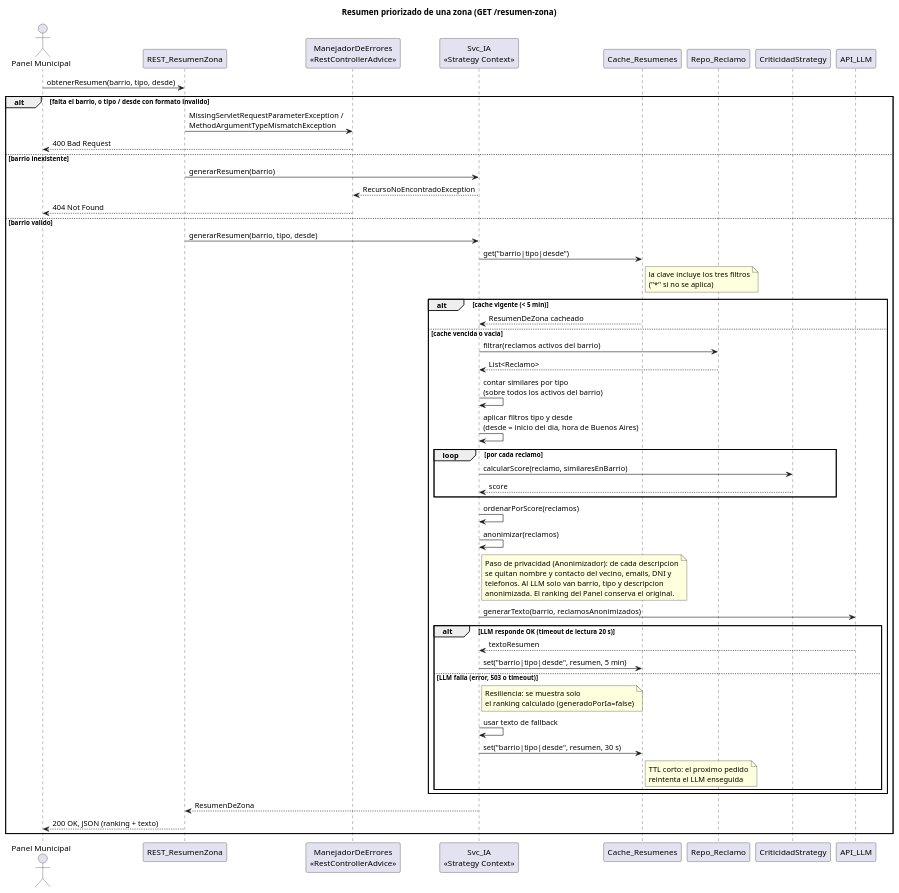
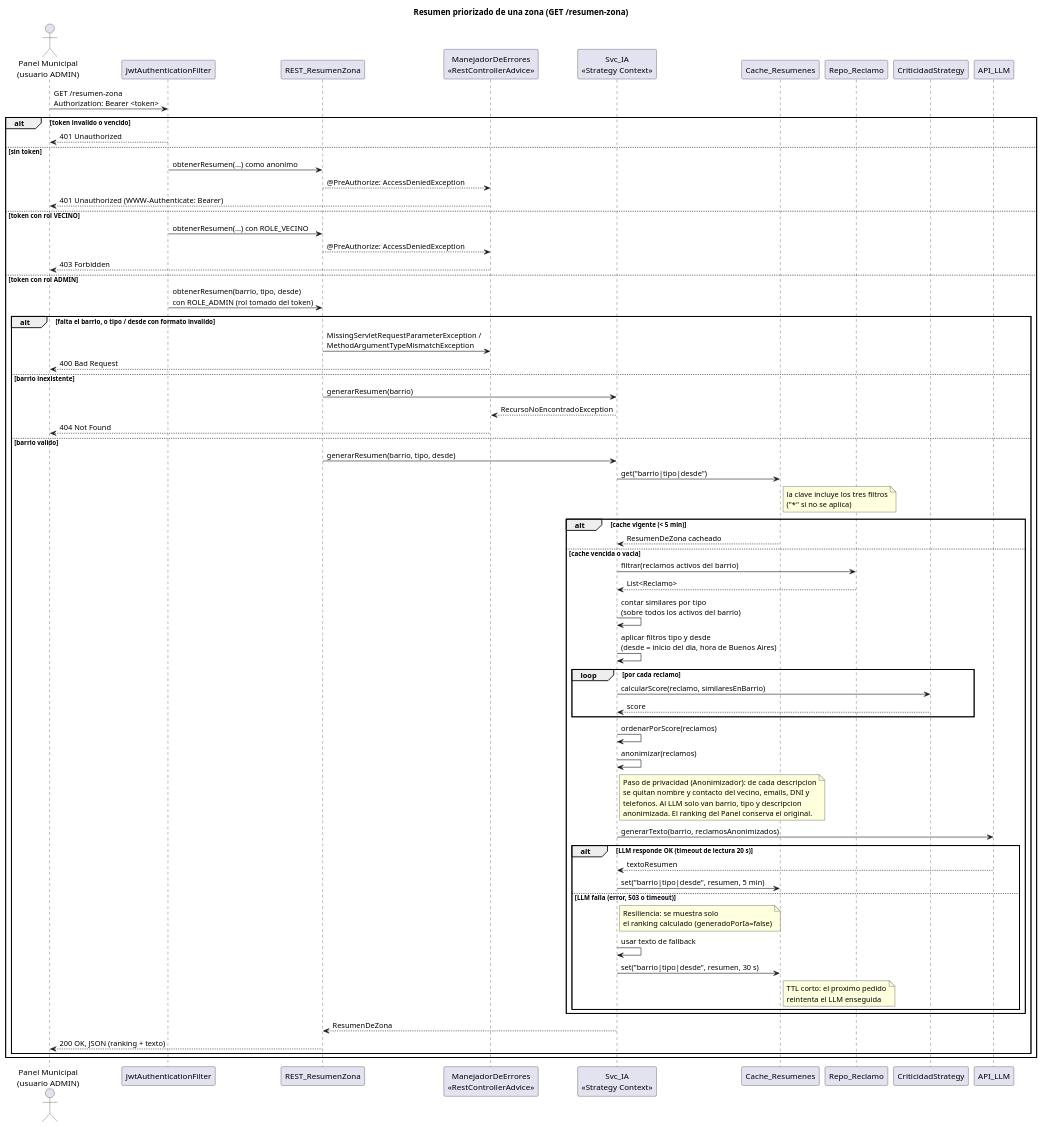
The diagram in docs/03_secuencia_resumen_zona.puml (francolovera24/Backend-TicketeraMunicipal-DDA2), drawn with PlantUML before and after one commit. The commit also changed 8 other files, not shown here.

First line of the commit message:
Auth bloque 6: diagramas y documentacion

```diff
--- a/docs/03_secuencia_resumen_zona.puml
+++ b/docs/03_secuencia_resumen_zona.puml
@@ -1,66 +1,81 @@
 @startuml
 title Resumen priorizado de una zona (GET /resumen-zona)
 
-actor "Panel Municipal" as Panel
+actor "Panel Municipal\n(usuario ADMIN)" as Panel
+participant "JwtAuthenticationFilter" as Filtro
 participant "REST_ResumenZona" as REST
 participant "ManejadorDeErrores\n<<RestControllerAdvice>>" as Errores
 participant "Svc_IA\n<<Strategy Context>>" as Svc
 participant "Cache_Resumenes" as Cache
 participant "Repo_Reclamo" as Repo
 participant "CriticidadStrategy" as Strategy
 participant "API_LLM" as LLM
 
-Panel -> REST : obtenerResumen(barrio, tipo, desde)
+Panel -> Filtro : GET /resumen-zona\nAuthorization: Bearer <token>
+
+alt token invalido o vencido
+    Filtro --> Panel : 401 Unauthorized
+else sin token
+    Filtro -> REST : obtenerResumen(...) como anonimo
+    REST --> Errores : @PreAuthorize: AccessDeniedException
+    Errores --> Panel : 401 Unauthorized (WWW-Authenticate: Bearer)
+else token con rol VECINO
+    Filtro -> REST : obtenerResumen(...) con ROLE_VECINO
+    REST --> Errores : @PreAuthorize: AccessDeniedException
+    Errores --> Panel : 403 Forbidden
+else token con rol ADMIN
+Filtro -> REST : obtenerResumen(barrio, tipo, desde)\ncon ROLE_ADMIN (rol tomado del token)
 
 alt falta el barrio, o tipo / desde con formato invalido
     REST -> Errores : MissingServletRequestParameterException /\nMethodArgumentTypeMismatchException
     Errores --> Panel : 400 Bad Request
 else barrio inexistente
     REST -> Svc : generarResumen(barrio)
     Svc --> Errores : RecursoNoEncontradoException
     Errores --> Panel : 404 Not Found
 else barrio valido
     REST -> Svc : generarResumen(barrio, tipo, desde)
     Svc -> Cache : get("barrio|tipo|desde")
     note right of Cache : la clave incluye los tres filtros\n("*" si no se aplica)
 
     alt cache vigente (< 5 min)
         Cache --> Svc : ResumenDeZona cacheado
     else cache vencida o vacia
         Svc -> Repo : filtrar(reclamos activos del barrio)
         Repo --> Svc : List<Reclamo>
         Svc -> Svc : contar similares por tipo\n(sobre todos los activos del barrio)
         Svc -> Svc : aplicar filtros tipo y desde\n(desde = inicio del dia, hora de Buenos Aires)
 
         loop por cada reclamo
             Svc -> Strategy : calcularScore(reclamo, similaresEnBarrio)
             Strategy --> Svc : score
         end
 
         Svc -> Svc : ordenarPorScore(reclamos)
 
         Svc -> Svc : anonimizar(reclamos)
         note right of Svc
           Paso de privacidad (Anonimizador): de cada descripcion
           se quitan nombre y contacto del vecino, emails, DNI y
           telefonos. Al LLM solo van barrio, tipo y descripcion
           anonimizada. El ranking del Panel conserva el original.
         end note
 
         Svc -> LLM : generarTexto(barrio, reclamosAnonimizados)
 
         alt LLM responde OK (timeout de lectura 20 s)
             LLM --> Svc : textoResumen
             Svc -> Cache : set("barrio|tipo|desde", resumen, 5 min)
         else LLM falla (error, 503 o timeout)
             note right of Svc : Resiliencia: se muestra solo\nel ranking calculado (generadoPorIa=false)
             Svc -> Svc : usar texto de fallback
             Svc -> Cache : set("barrio|tipo|desde", resumen, 30 s)
             note right of Cache : TTL corto: el proximo pedido\nreintenta el LLM enseguida
         end
     end
 
     Svc --> REST : ResumenDeZona
     REST --> Panel : 200 OK, JSON (ranking + texto)
 end
+end
 @enduml
```
